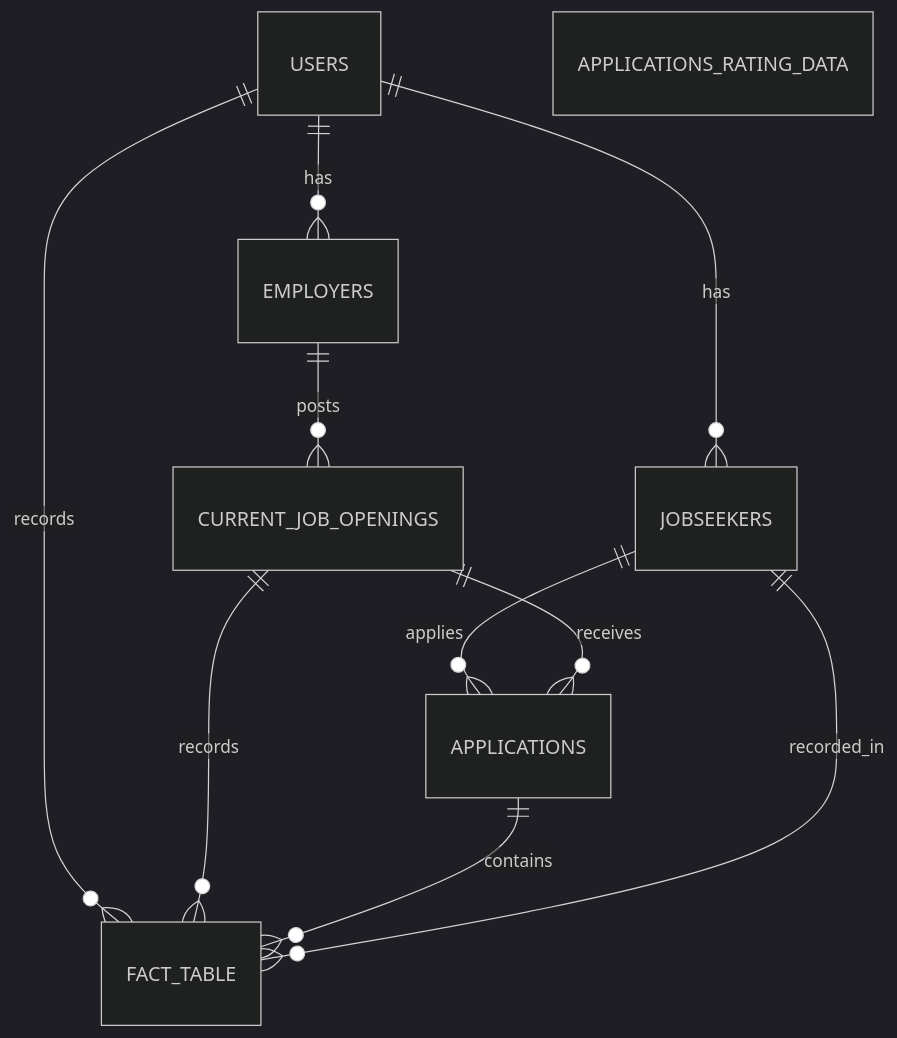
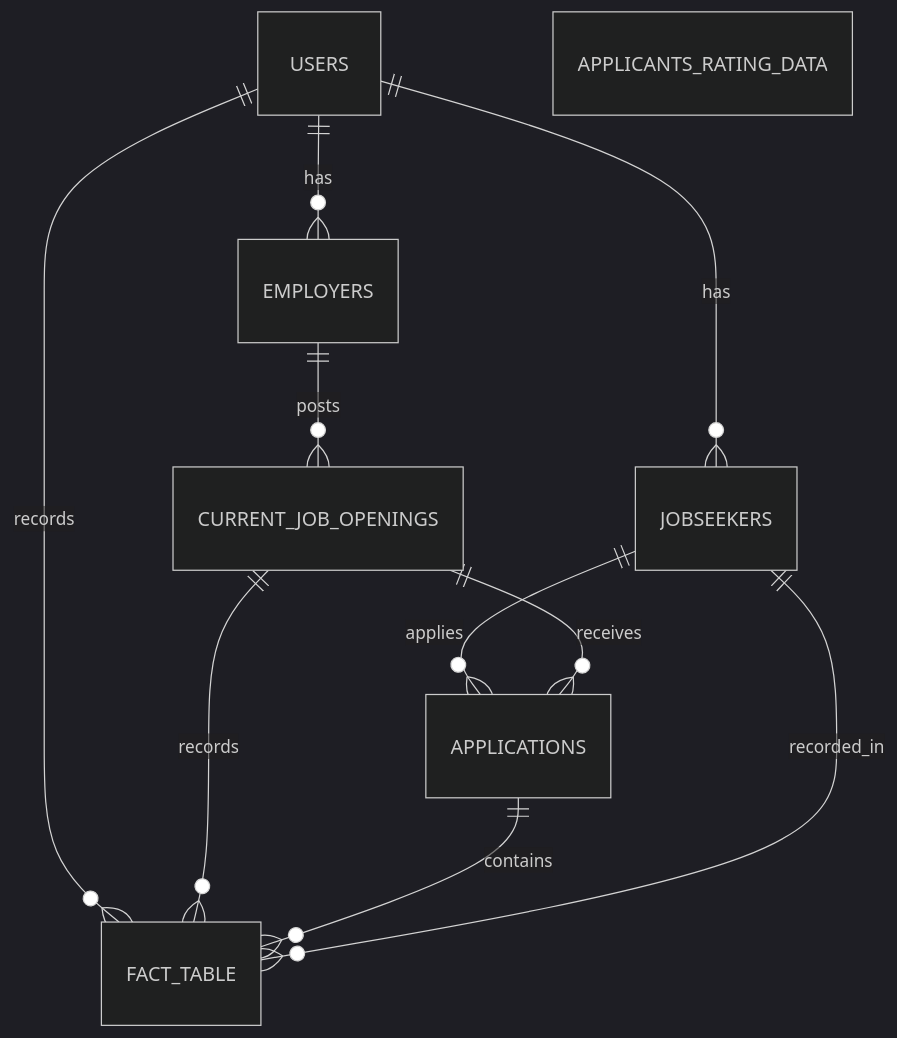
One commit to thecloudcode/apna.ai changed the diagram in README.md. Above: the diagram before and after it, drawn with Mermaid (dark theme).

````diff
--- a/README.md
+++ b/README.md
@@ -7,13 +7,13 @@
 ```mermaid
 erDiagram
     USERS ||--o{ EMPLOYERS : has
     USERS ||--o{ JOBSEEKERS : has
     USERS ||--o{ FACT_TABLE : records
     EMPLOYERS ||--o{ CURRENT_JOB_OPENINGS : posts
     JOBSEEKERS ||--o{ APPLICATIONS : applies
     CURRENT_JOB_OPENINGS ||--o{ APPLICATIONS : receives
     CURRENT_JOB_OPENINGS ||--o{ FACT_TABLE : records
     APPLICATIONS ||--o{ FACT_TABLE : contains
     JOBSEEKERS ||--o{ FACT_TABLE : recorded_in
-    APPLICATIONS_RATING_DATA
+    APPLICANTS_RATING_DATA
 ```
````
